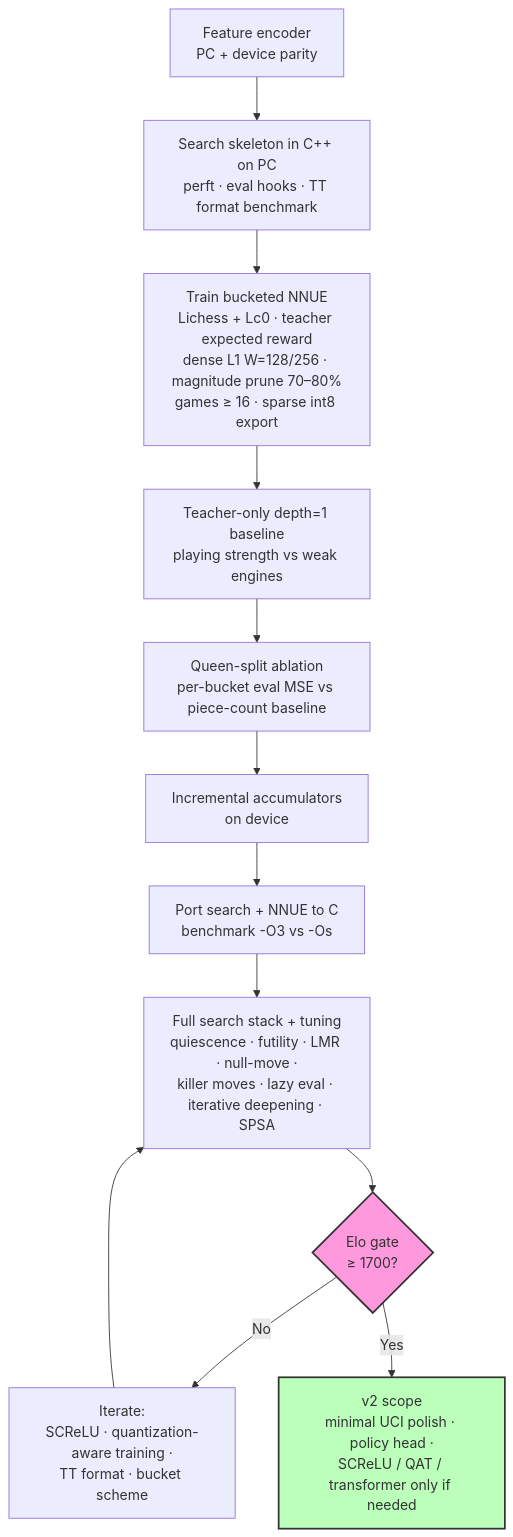
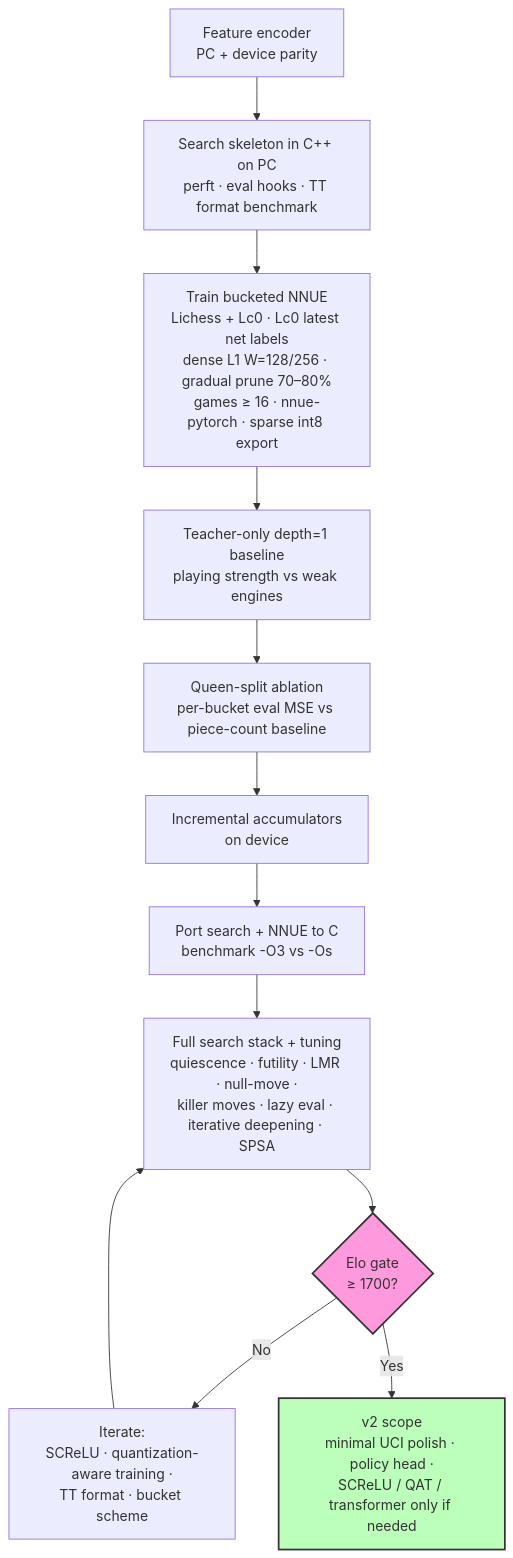
One commit to Omega97/TinyML_Internship changed the first of 3 diagrams in NOTES/SARDINE Engine Blueprint.md. Above: the diagram before and after it, drawn with Mermaid. The commit also changed other lines of this file, not shown here.

````diff
--- a/NOTES/SARDINE Engine Blueprint.md
+++ b/NOTES/SARDINE Engine Blueprint.md
@@ -31,16 +31,16 @@
 ```mermaid
 flowchart TD
     A["Feature encoder<br/>PC + device parity"] --> B["Search skeleton in C++ on PC<br/>perft · eval hooks · TT format benchmark"]
-    B --> C["Train bucketed NNUE<br/>Lichess + Lc0 · teacher expected reward<br/>dense L1 W=128/256 · magnitude prune 70–80%<br/>games ≥ 16 · sparse int8 export"]
+    B --> C["Train bucketed NNUE<br/>Lichess + Lc0 · Lc0 latest net labels<br/>dense L1 W=128/256 · gradual prune 70–80%<br/>games ≥ 16 · nnue-pytorch · sparse int8 export"]
     C --> C1["Teacher-only depth=1 baseline<br/>playing strength vs weak engines"]
     C1 --> D["Queen-split ablation<br/>per-bucket eval MSE vs piece-count baseline"]
     D --> E["Incremental accumulators<br/>on device"]
     E --> F["Port search + NNUE to C<br/>benchmark -O3 vs -Os"]
     F --> G["Full search stack + tuning<br/>quiescence · futility · LMR · null-move ·<br/>killer moves · lazy eval · iterative deepening · SPSA"]
     G --> H{"Elo gate<br/>≥ 1700?"}
     H -- "No" --> I["Iterate:<br/>SCReLU · quantization-aware training ·<br/>TT format · bucket scheme"]
     I --> G
     H -- "Yes" --> J["v2 scope<br/>minimal UCI polish · policy head ·<br/>SCReLU / QAT / transformer only if needed"]
     style H fill:#f9d,stroke:#333,stroke-width:2px
     style J fill:#bfb,stroke:#333,stroke-width:2px
 ```
````
